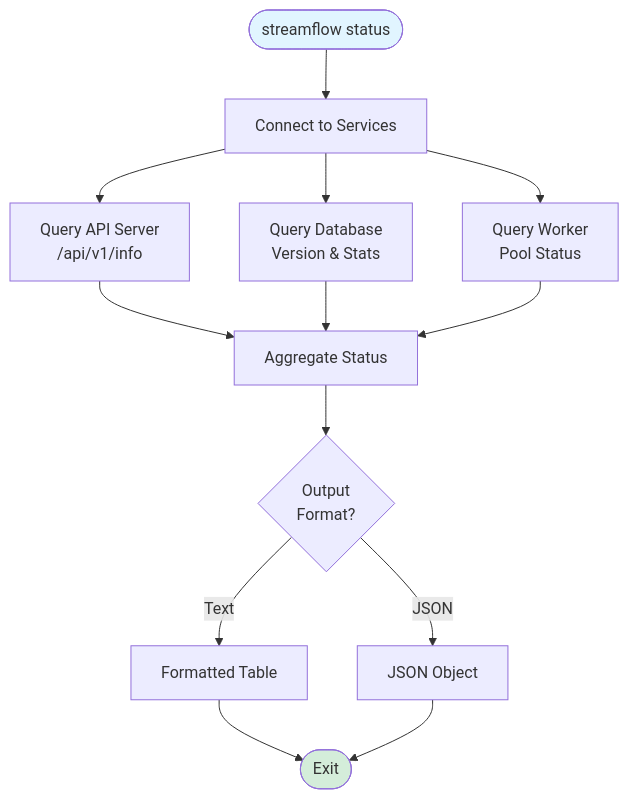
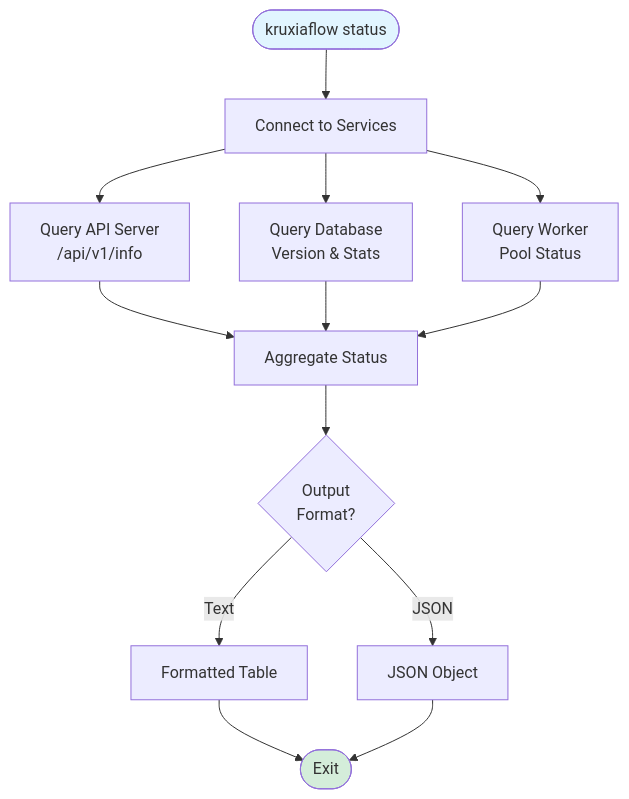
One commit to kruxia/kruxiaflow changed the second of 2 diagrams in docs/implementation/US-1C.6-health-checks-service-monitoring.md. Above: the diagram before and after it, drawn with Mermaid. The commit also changed other lines of this file and 239 other files, not shown here.

Commit message:
Rename StreamFlow => Kruxia Flow

````diff
--- a/docs/implementation/US-1C.6-health-checks-service-monitoring.md
+++ b/docs/implementation/US-1C.6-health-checks-service-monitoring.md
@@ -88,22 +88,22 @@
 ```mermaid
 flowchart TB
-    Start([streamflow status]) --> Connect[Connect to Services]
+    Start([kruxiaflow status]) --> Connect[Connect to Services]
 
     Connect --> GetAPI[Query API Server<br/>/api/v1/info]
     Connect --> GetDB[Query Database<br/>Version & Stats]
     Connect --> GetWorkers[Query Worker<br/>Pool Status]
 
     GetAPI --> Aggregate[Aggregate Status]
     GetDB --> Aggregate
     GetWorkers --> Aggregate
 
     Aggregate --> Format{Output<br/>Format?}
     Format -->|Text| TextStatus[Formatted Table]
     Format -->|JSON| JSONStatus[JSON Object]
 
     TextStatus --> Done([Exit])
     JSONStatus --> Done
 
     style Start fill:#e1f5ff
     style Done fill:#d4edda
 ```
````
